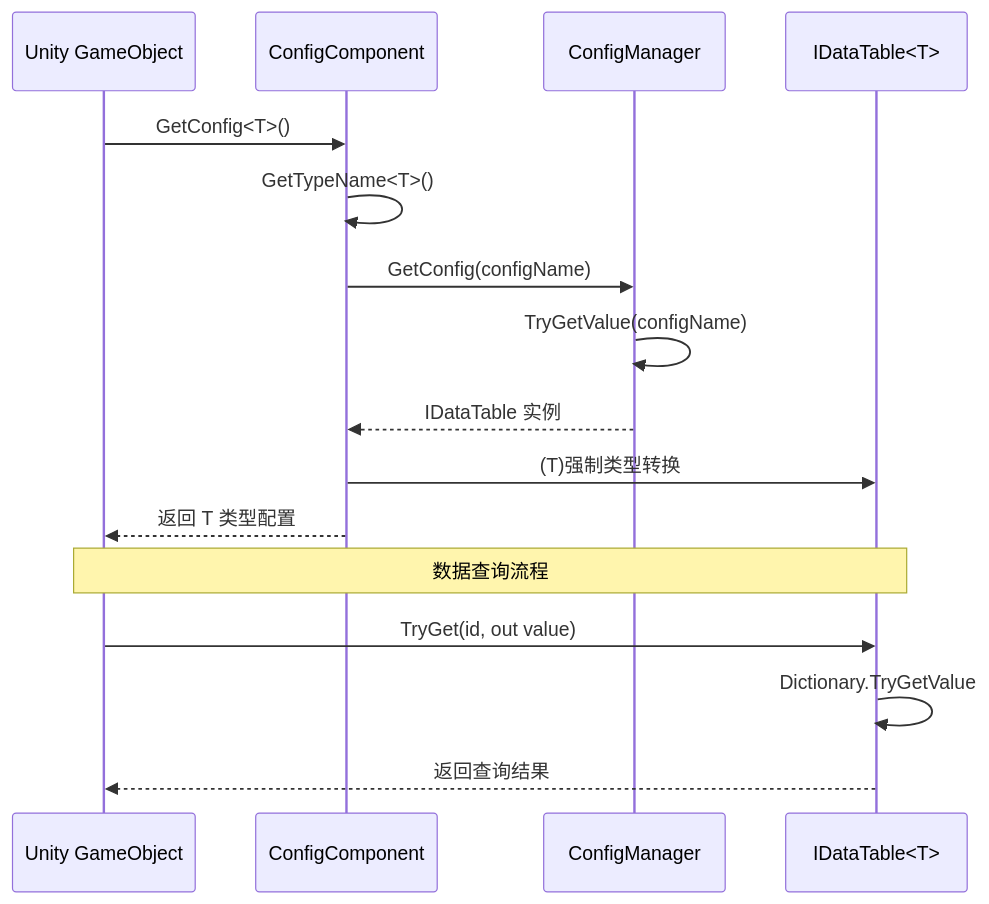
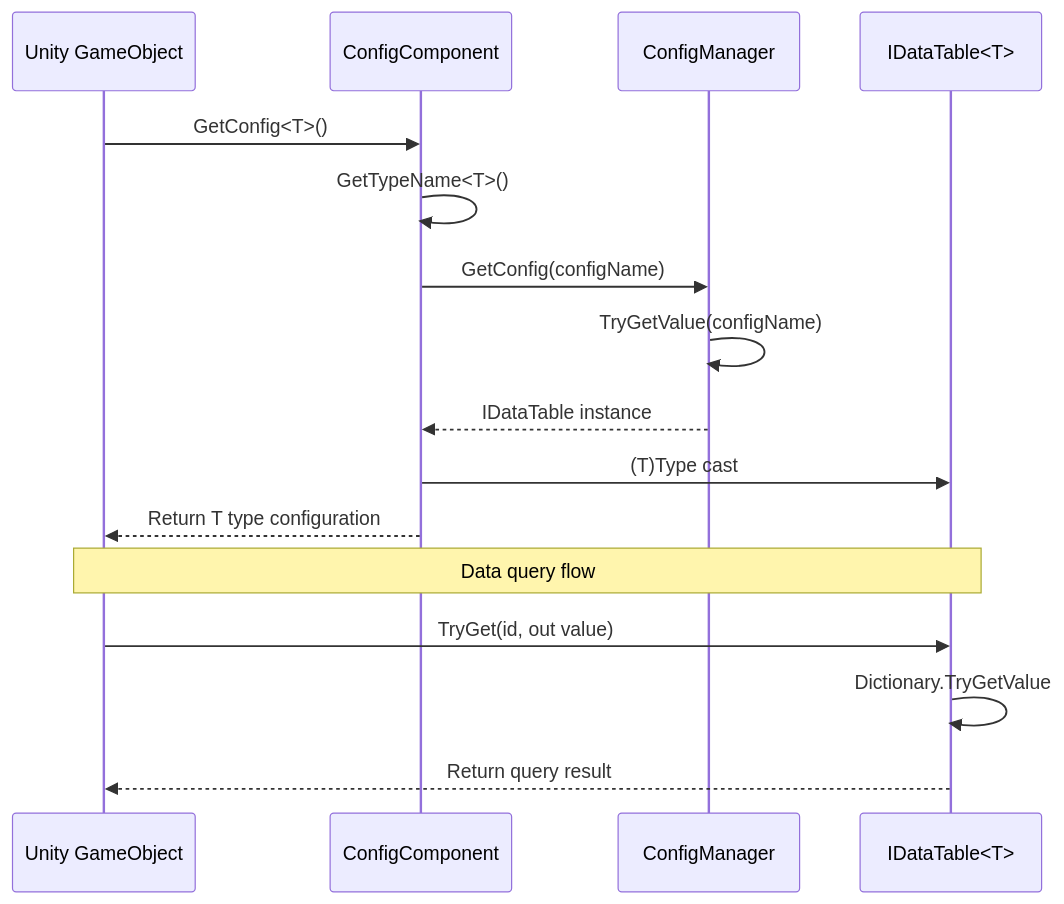
One commit to AlianBlank/GameFrameX.Docs changed the second of 2 diagrams in docs/en/client/unity/component/config/04.features.md. Above: the diagram before and after it, drawn with Mermaid. The commit also changed other lines of this file and 242 other files, not shown here.

````diff
--- a/docs/en/client/unity/component/config/04.features.md
+++ b/docs/en/client/unity/component/config/04.features.md
@@ -312,21 +312,21 @@
 ```mermaid
 sequenceDiagram
     participant GameObject as Unity GameObject
     participant CC as ConfigComponent
     participant CM as ConfigManager
     participant DT as IDataTable<T>
 
     GameObject->>CC: GetConfig<T>()
     CC->>CC: GetTypeName<T>()
     CC->>CM: GetConfig(configName)
     CM->>CM: TryGetValue(configName)
-    CM-->>CC: IDataTable 实例
-    CC->>DT: (T)强制类型转换
-    CC-->>GameObject: 返回 T 类型配置
+    CM-->>CC: IDataTable instance
+    CC->>DT: (T)Type cast
+    CC-->>GameObject: Return T type configuration
 
-    Note over GameObject,DT: 数据查询流程
+    Note over GameObject,DT: Data query flow
 
     GameObject->>DT: TryGet(id, out value)
     DT->>DT: Dictionary.TryGetValue
-    DT-->>GameObject: 返回查询结果
+    DT-->>GameObject: Return query result
 ```
````
